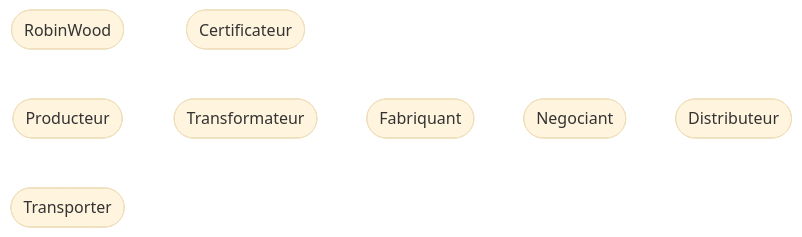
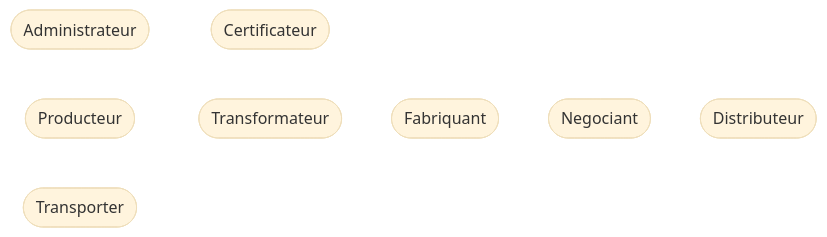
One commit to ncoquelet/RobinWood changed the first of 8 diagrams in backend/docs/contracts_architecture.md. Above: the diagram before and after it, drawn with Mermaid (base theme). The commit also changed other lines of this file and 1 other file, not shown here.

Commit message:
contrats architecture docs

````diff
--- a/backend/docs/contracts_architecture.md
+++ b/backend/docs/contracts_architecture.md
@@ -5,16 +5,16 @@
 ```mermaid
 flowchart LR
 
-  robin([RobinWood])
+  robin([Administrateur])
   certif([Certificateur])
   expl([Producteur])
   trans([Transformateur])
   nego([Negociant])
   fab([Fabriquant])
   port([Transporter])
   dist([Distributeur])
 
   robin ~~~ certif
   expl ~~~ trans ~~~ fab ~~~ nego ~~~ dist
 
 ```
````
